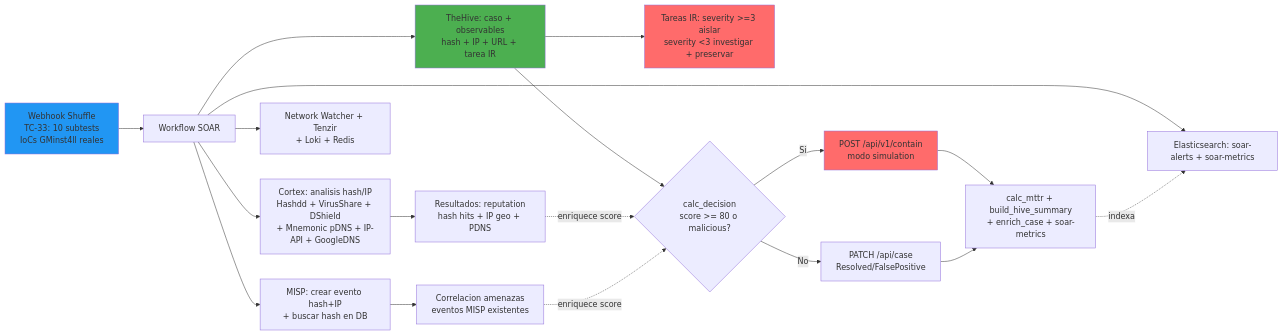
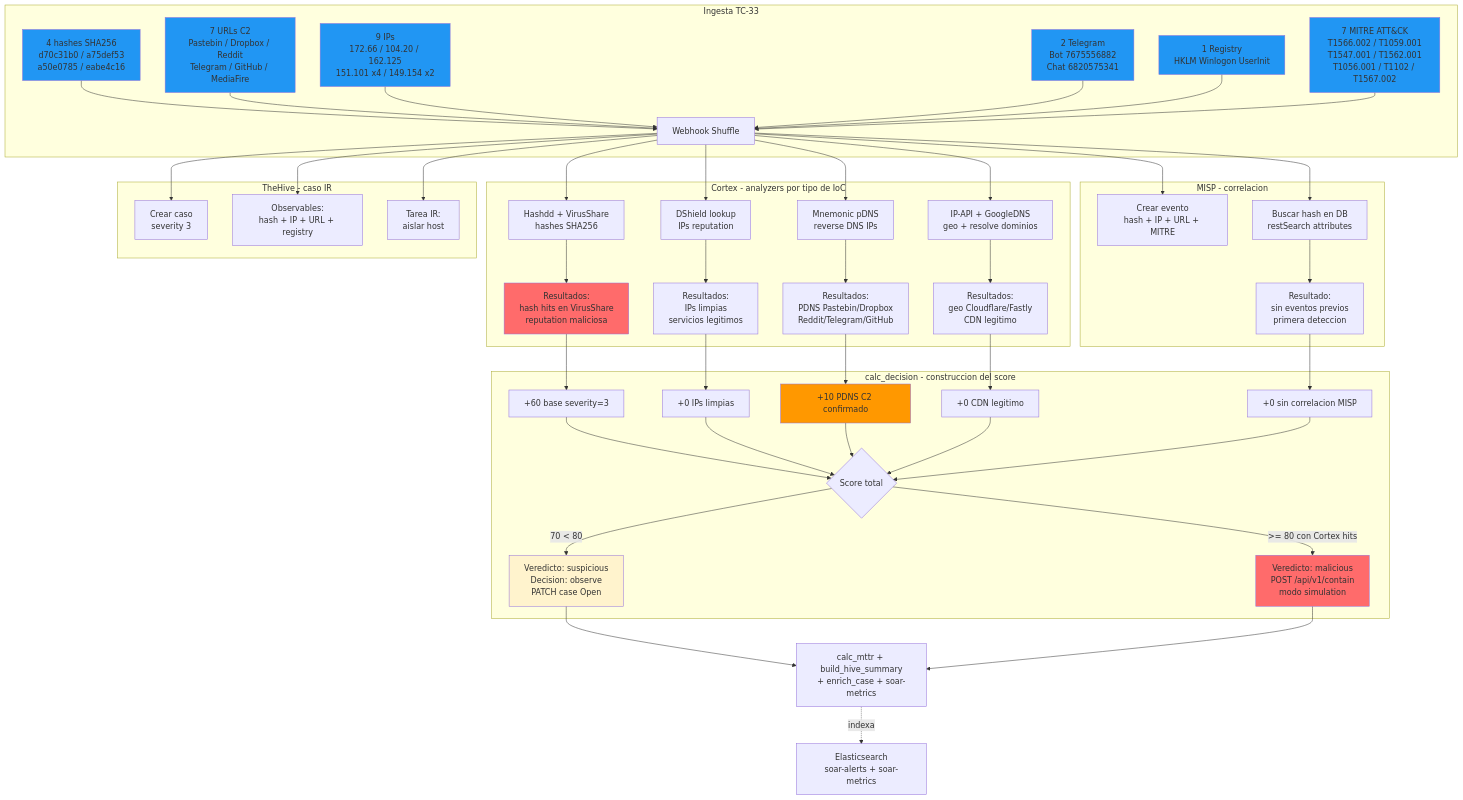
Before and after one commit to alesanfe/soar-ransomware-lab: diagram 12 of 12 in docs/thesis/appendix_f.md, drawn with Mermaid. The commit also changed other lines of this file, not shown here.

First paragraph of the commit message:
docs(thesis): F.12 - rediseño completo para diferenciar de F.5/F.6/F.7
F.12 era un clon de F.6 (arbol de decision del playbook) con la unica
diferencia de mencionar 'IoCs GMinst4ll'. No aportaba valor nuevo.

````diff
--- a/docs/thesis/appendix_f.md
+++ b/docs/thesis/appendix_f.md
@@ -717,24 +715,58 @@
 ```mermaid
-graph LR
- A[Webhook Shuffle<br/>TC-33: 10 subtests<br/>IoCs GMinst4ll reales] --> B[Workflow SOAR]
- B --> C[Cortex: analisis hash/IP<br/>Hashdd + VirusShare + DShield<br/>+ Mnemonic pDNS + IP-API + GoogleDNS]
- B --> D[MISP: crear evento hash+IP<br/>+ buscar hash en DB]
- B --> E[TheHive: caso + observables<br/>hash + IP + URL + tarea IR]
- B --> F[Elasticsearch: soar-alerts + soar-metrics]
- B --> M[Network Watcher + Tenzir<br/>+ Loki + Redis]
- C --> G[Resultados: reputation<br/>hash hits + IP geo + PDNS]
- D --> H[Correlacion amenazas<br/>eventos MISP existentes]
- E --> I[Tareas IR: severity >=3 aislar<br/>severity <3 investigar + preservar]
- E --> J{calc_decision<br/>score >= 80 o malicious?}
- G -.->|enriquece score| J
- H -.->|enriquece score| J
- J -->|Si| K[POST /api/v1/contain<br/>modo simulation]
- J -->|No| L[PATCH /api/case<br/>Resolved/FalsePositive]
- K --> N[calc_mttr + build_hive_summary<br/>+ enrich_case + soar-metrics]
- L --> N
- N -.->|indexa| F
+graph TD
+ subgraph Ingesta["Ingesta TC-33"]
+   A[4 hashes SHA256<br/>d70c31b0 / a75def53<br/>a50e0785 / eabe4c16] --> B[Webhook Shuffle]
+   A2[7 URLs C2<br/>Pastebin / Dropbox / Reddit<br/>Telegram / GitHub / MediaFire] --> B
+   A3[9 IPs<br/>172.66 / 104.20 / 162.125<br/>151.101 x4 / 149.154 x2] --> B
+   A4[2 Telegram<br/>Bot 7675556882<br/>Chat 6820575341] --> B
+   A5[1 Registry<br/>HKLM Winlogon UserInit] --> B
+   A6[7 MITRE ATT&CK<br/>T1566.002 / T1059.001<br/>T1547.001 / T1562.001<br/>T1056.001 / T1102 / T1567.002] --> B
+ end
+ subgraph Cortex["Cortex - analyzers por tipo de IoC"]
+   B --> C1[Hashdd + VirusShare<br/>hashes SHA256]
+   B --> C2[DShield lookup<br/>IPs reputation]
+   B --> C3[Mnemonic pDNS<br/>reverse DNS IPs]
+   B --> C4[IP-API + GoogleDNS<br/>geo + resolve dominios]
+   C1 --> R1[Resultados:<br/>hash hits en VirusShare<br/>reputation maliciosa]
+   C2 --> R2[Resultados:<br/>IPs limpias<br/>servicios legitimos]
+   C3 --> R3[Resultados:<br/>PDNS Pastebin/Dropbox<br/>Reddit/Telegram/GitHub]
+   C4 --> R4[Resultados:<br/>geo Cloudflare/Fastly<br/>CDN legitimo]
+ end
+ subgraph MISP["MISP - correlacion"]
+   B --> D1[Crear evento<br/>hash + IP + URL + MITRE]
+   B --> D2[Buscar hash en DB<br/>restSearch attributes]
+   D2 --> R5[Resultado:<br/>sin eventos previos<br/>primera deteccion]
+ end
+ subgraph Hive["TheHive - caso IR"]
+   B --> E1[Crear caso<br/>severity 3]
+   B --> E2[Observables:<br/>hash + IP + URL + registry]
+   B --> E3[Tarea IR:<br/>aislar host]
+ end
+ subgraph Score["calc_decision - construccion del score"]
+   R1 --> S1[+60 base severity=3]
+   R2 --> S2[+0 IPs limpias]
+   R3 --> S3[+10 PDNS C2 confirmado]
+   R4 --> S4[+0 CDN legitimo]
+   R5 --> S5[+0 sin correlacion MISP]
+   S1 --> S6{Score total}
+   S2 --> S6
+   S3 --> S6
+   S4 --> S6
+   S5 --> S6
+   S6 -->|70 < 80| O[Veredicto: suspicious<br/>Decision: observe<br/>PATCH case Open]
+   S6 -->|>= 80 con Cortex hits| K[Veredicto: malicious<br/>POST /api/v1/contain<br/>modo simulation]
+ end
+ O --> N[calc_mttr + build_hive_summary<br/>+ enrich_case + soar-metrics]
+ K --> N
+ N -.->|indexa| F[Elasticsearch<br/>soar-alerts + soar-metrics]
  style A fill:#2196F3
- style E fill:#4CAF50
- style I fill:#ff6b6b
+ style A2 fill:#2196F3
+ style A3 fill:#2196F3
+ style A4 fill:#2196F3
+ style A5 fill:#2196F3
+ style A6 fill:#2196F3
+ style R1 fill:#ff6b6b
+ style S3 fill:#ff9800
  style K fill:#ff6b6b
+ style O fill:#fff3cd
 ```
````
